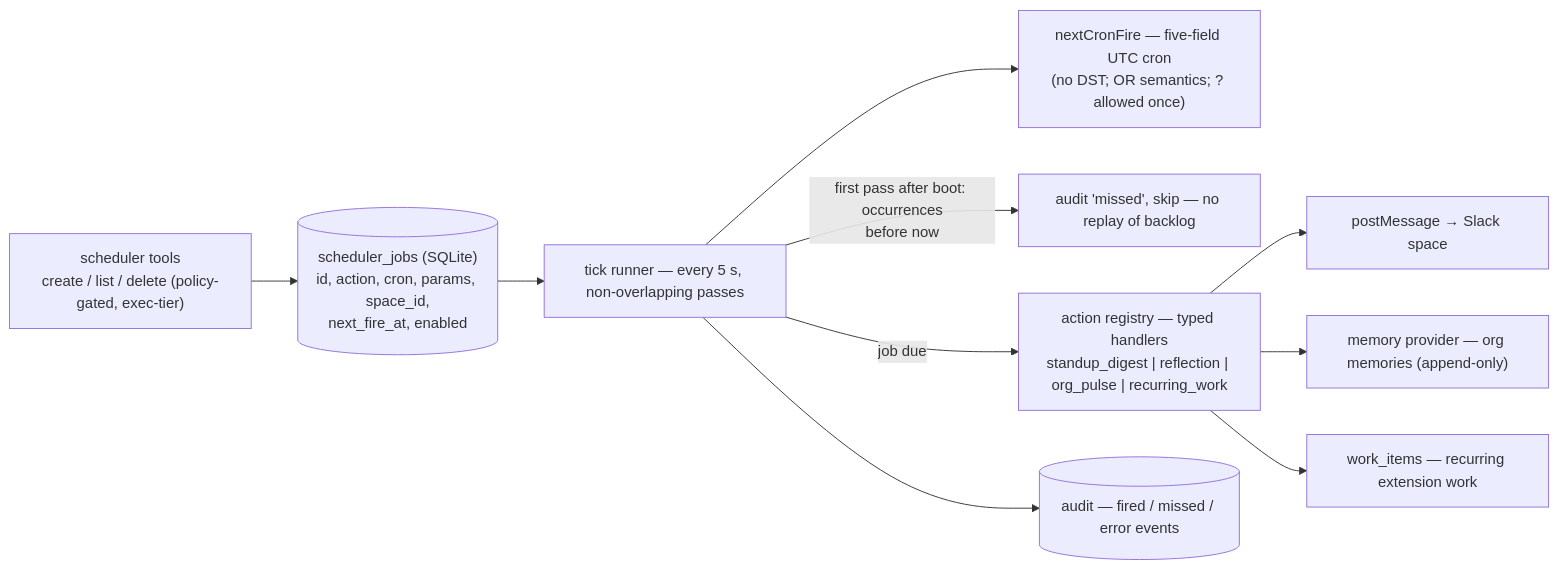
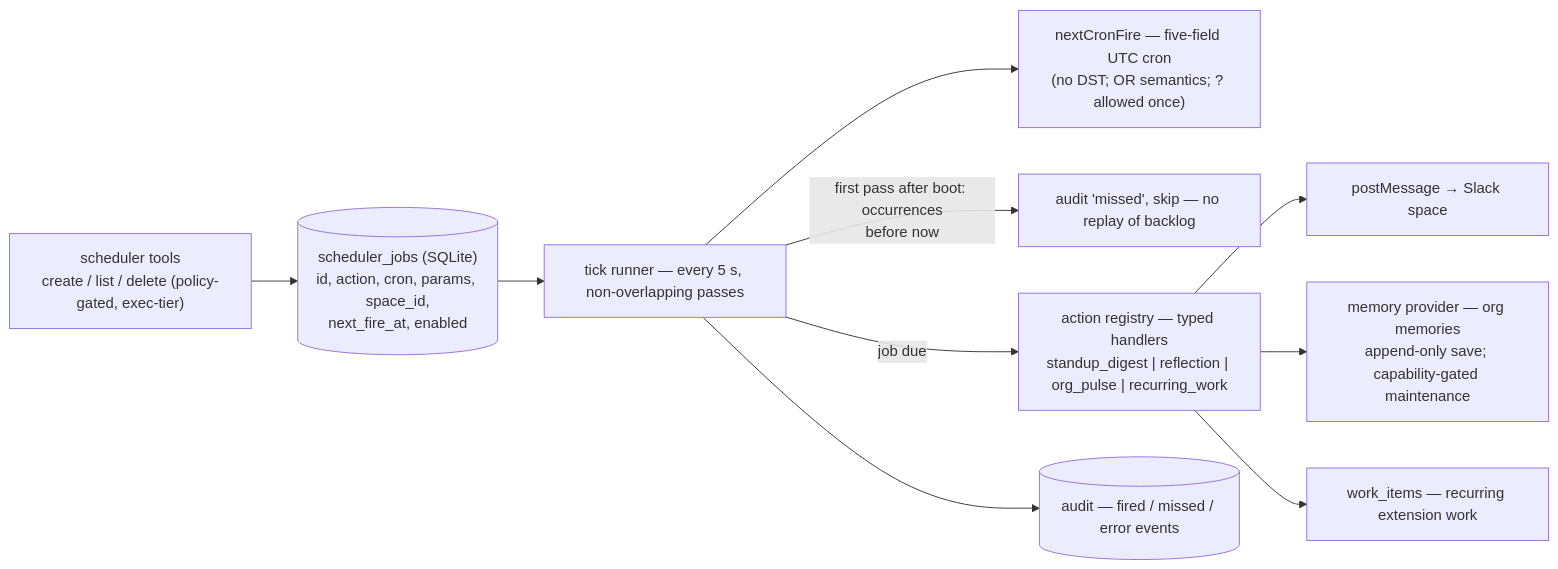
Diagram 11 of 15 in architecture.md (serrrfirat/bottega), drawn with Mermaid before and after one commit. The commit also changed other lines of this file and 26 other files, not shown here.

````diff
--- a/architecture.md
+++ b/architecture.md
@@ -652,13 +711,13 @@
 ```mermaid
 flowchart LR
     TOOL["scheduler tools<br/>create / list / delete (policy-gated, exec-tier)"]
     TOOL --> DB[("scheduler_jobs (SQLite)<br/>id, action, cron, params, space_id,<br/>next_fire_at, enabled")]
     DB --> RUN["tick runner — every 5 s, non-overlapping passes"]
     RUN --> CRON["nextCronFire — five-field UTC cron<br/>(no DST; OR semantics; ? allowed once)"]
     RUN -- "first pass after boot: occurrences<br/>before now" --> MISS["audit 'missed', skip — no replay of backlog"]
     RUN -- "job due" --> ACT["action registry — typed handlers<br/>standup_digest | reflection | org_pulse | recurring_work"]
     ACT --> POST["postMessage → Slack space"]
-    ACT --> MEM["memory provider — org memories (append-only)"]
+    ACT --> MEM["memory provider — org memories<br/>append-only save; capability-gated maintenance"]
     ACT --> WI["work_items — recurring extension work"]
     RUN --> AUD[("audit — fired / missed / error events")]
 ```
````
